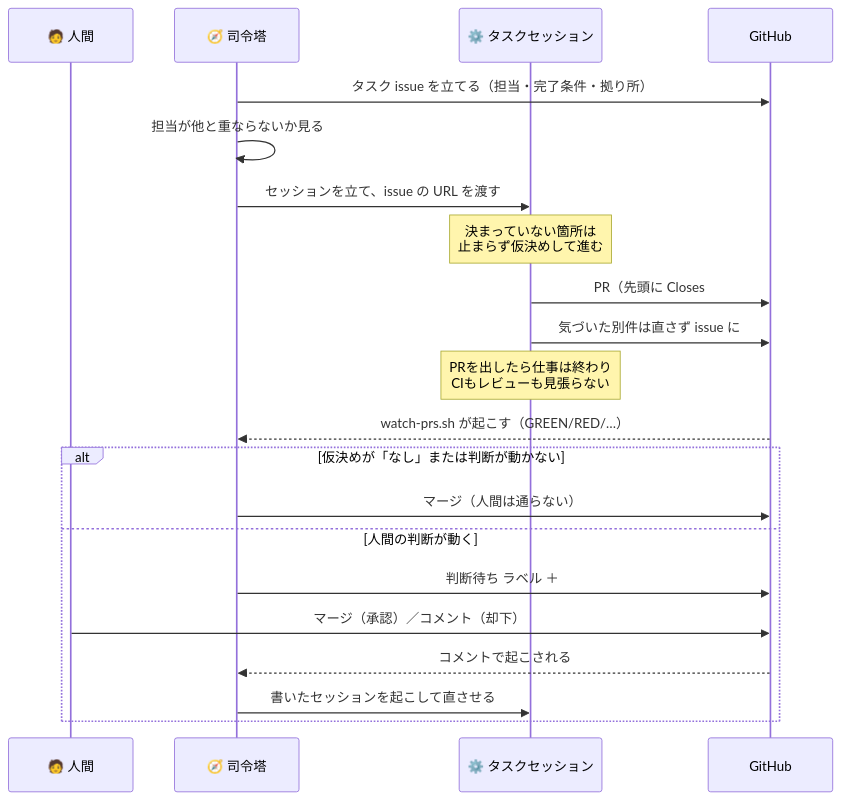
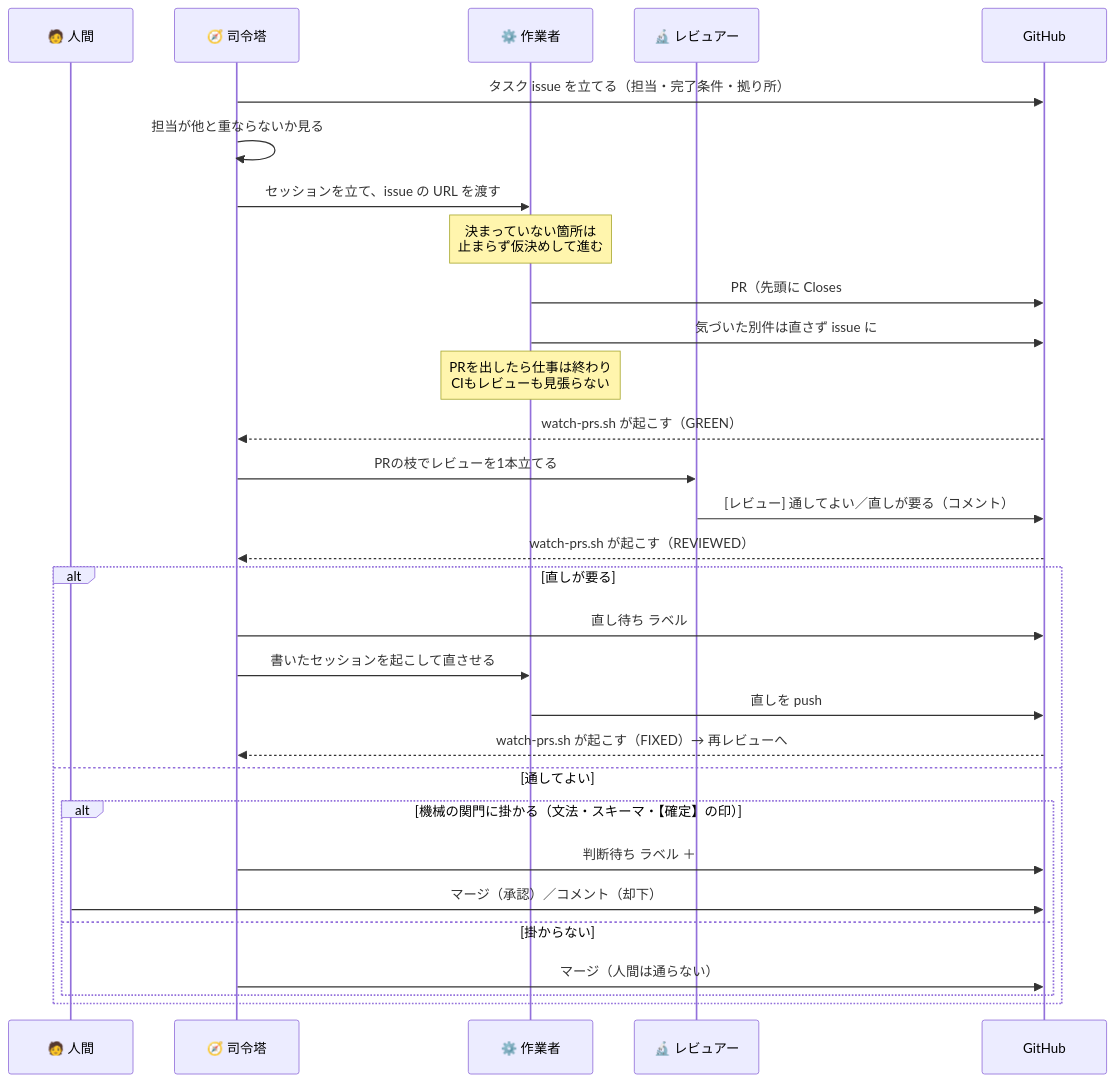
One commit to gooyyu1/UnmappedIsland changed the third of 5 diagrams in docs/ParallelAgents.md. Above: the diagram before and after it, drawn with Mermaid. The commit also changed other lines of this file, not shown here.

````diff
--- a/docs/ParallelAgents.md
+++ b/docs/ParallelAgents.md
@@ -80,25 +132,34 @@
 ```mermaid
 sequenceDiagram
     participant H as 🧑 人間
     participant C as 🧭 司令塔
-    participant W as ⚙️ タスクセッション
+    participant W as ⚙️ 作業者
+    participant R as 🔬 レビュアー
     participant G as GitHub
 
     C->>G: タスク issue を立てる（担当・完了条件・拠り所）
     C->>C: 担当が他と重ならないか見る
     C->>W: セッションを立て、issue の URL を渡す
     Note over W: 決まっていない箇所は<br/>止まらず仮決めして進む
     W->>G: PR（先頭に Closes #N と ## 仮決め）
     W->>G: 気づいた別件は直さず issue に
     Note over W: PRを出したら仕事は終わり<br/>CIもレビューも見張らない
-    G-->>C: watch-prs.sh が起こす（GREEN/RED/…）
+    G-->>C: watch-prs.sh が起こす（GREEN）
+    C->>R: PRの枝でレビューを1本立てる
+    R->>G: [レビュー] 通してよい／直しが要る（コメント）
+    G-->>C: watch-prs.sh が起こす（REVIEWED）
 
-    alt 仮決めが「なし」または判断が動かない
-        C->>G: マージ（人間は通らない）
-    else 人間の判断が動く
-        C->>G: 判断待ち ラベル ＋ #732 の先頭へ1行
-        H->>G: マージ（承認）／コメント（却下）
-        G-->>C: コメントで起こされる
+    alt 直しが要る
+        C->>G: 直し待ち ラベル
         C->>W: 書いたセッションを起こして直させる
+        W->>G: 直しを push
+        G-->>C: watch-prs.sh が起こす（FIXED）→ 再レビューへ
+    else 通してよい
+        alt 機械の関門に掛かる（文法・スキーマ・【確定】の印）
+            C->>G: 判断待ち ラベル ＋ #732 の先頭へ1行
+            H->>G: マージ（承認）／コメント（却下）
+        else 掛からない
+            C->>G: マージ（人間は通らない）
+        end
     end
 ```
````
